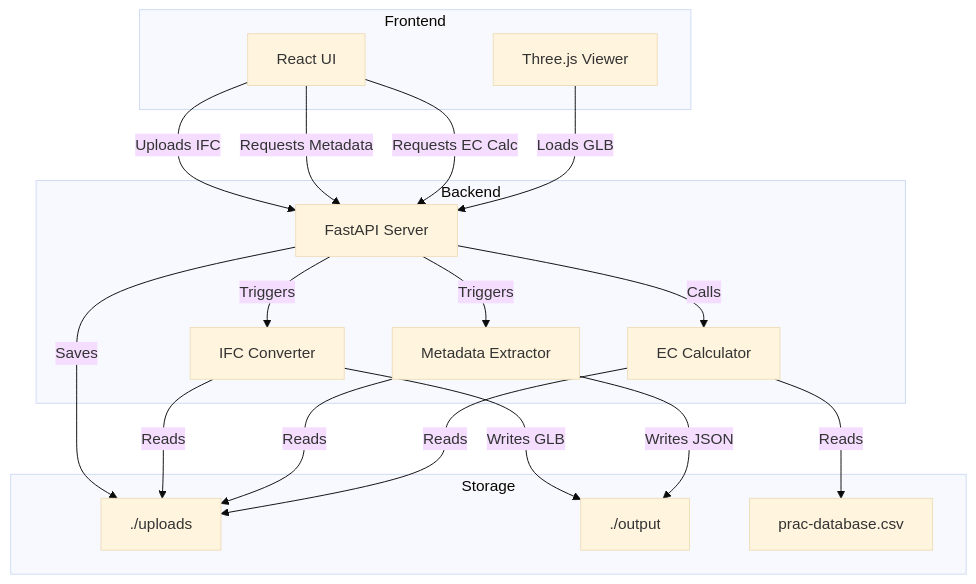
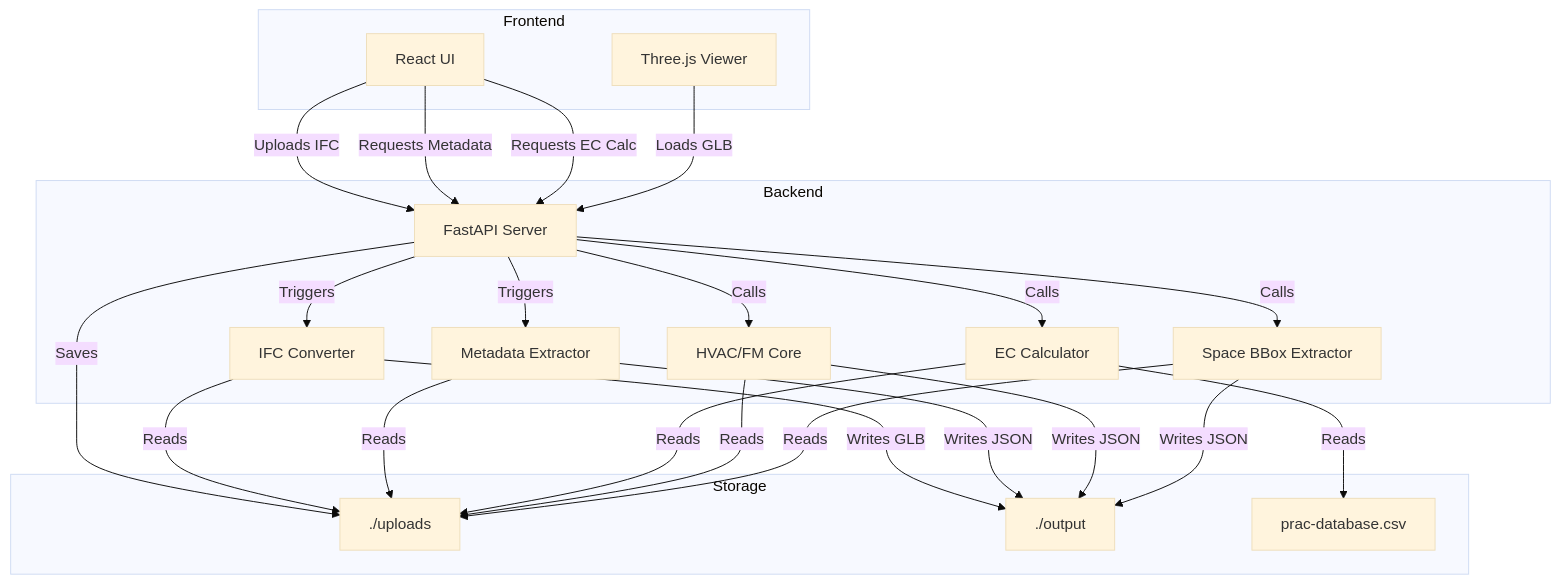
One commit to Naveendinula/DigitalTwin changed the second of 2 diagrams in ARCHITECTURE.md. Above: the diagram before and after it, drawn with Mermaid (base theme). The commit also changed other lines of this file and 2 other files, not shown here.

First line of the commit message:
Update docs for HVAC/FM analysis and space overlay

````diff
--- a/ARCHITECTURE.md
+++ b/ARCHITECTURE.md
@@ -72,39 +83,49 @@
 ```mermaid
 graph TB
     subgraph Frontend
         UI["React UI"]
         Viewer["Three.js Viewer"]
     end
 
     subgraph Backend
         Server["FastAPI Server"]
         Converter["IFC Converter"]
         Extractor["Metadata Extractor"]
         ECCore["EC Calculator"]
+        HvacCore["HVAC/FM Core"]
+        SpaceBBox["Space BBox Extractor"]
     end
 
     subgraph Storage
         Uploads["./uploads"]
         Outputs["./output"]
         ECDB["prac-database.csv"]
     end
 
     UI -->|Uploads IFC| Server
     UI -->|Requests Metadata| Server
     UI -->|Requests EC Calc| Server
     Viewer -->|Loads GLB| Server
 
     Server -->|Saves| Uploads
     Server -->|Triggers| Converter
     Server -->|Triggers| Extractor
     Server -->|Calls| ECCore
+    Server -->|Calls| HvacCore
+    Server -->|Calls| SpaceBBox
 
     Converter -->|Reads| Uploads
     Converter -->|Writes GLB| Outputs
 
     Extractor -->|Reads| Uploads
     Extractor -->|Writes JSON| Outputs
 
     ECCore -->|Reads| Uploads
     ECCore -->|Reads| ECDB
+
+    HvacCore -->|Reads| Uploads
+    HvacCore -->|Writes JSON| Outputs
+
+    SpaceBBox -->|Reads| Uploads
+    SpaceBBox -->|Writes JSON| Outputs
 ```
````
